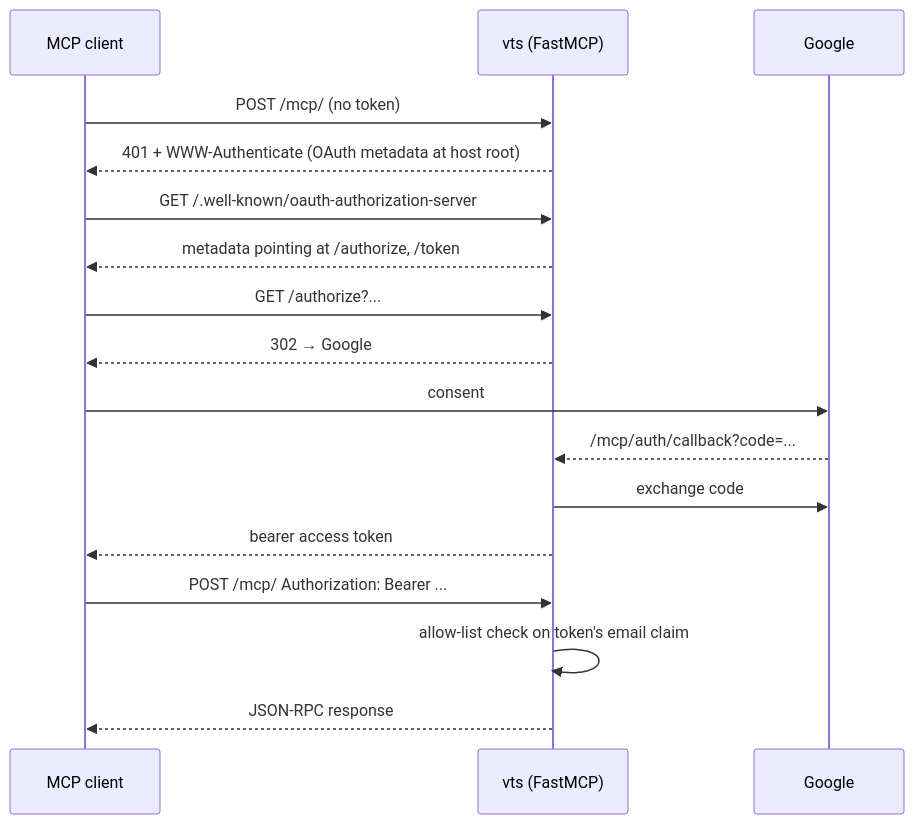
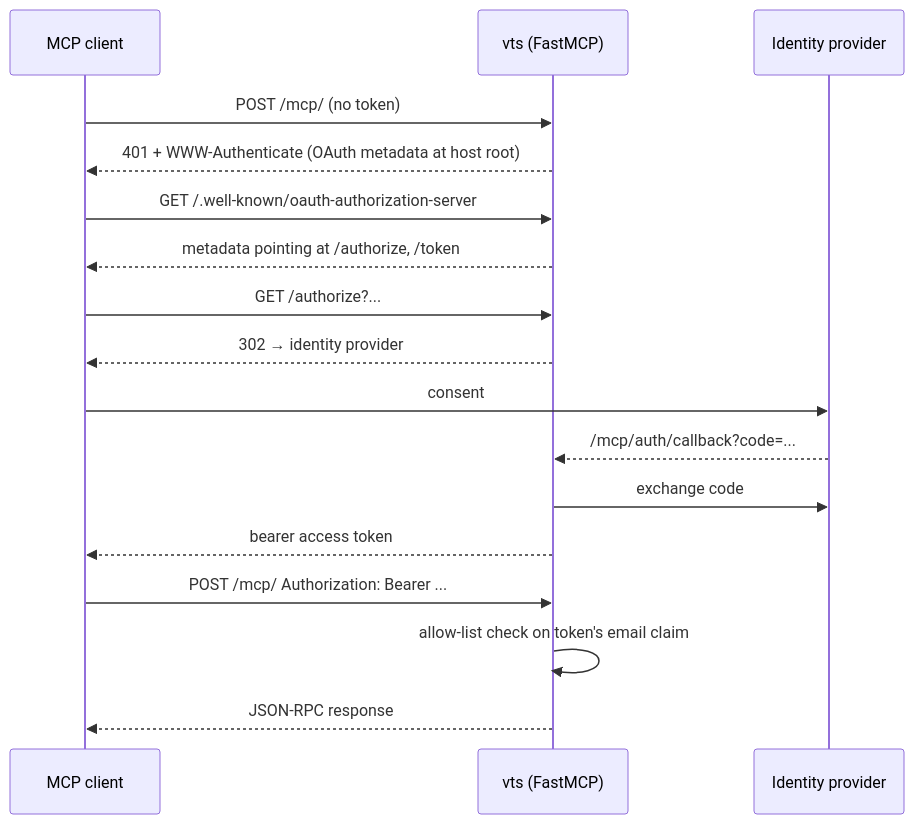
Before and after one commit to gorynychzmey/vts: the second of 2 diagrams in docs/AUTH.md, drawn with Mermaid. The commit also changed other lines of this file and 6 other files, not shown here.

````diff
--- a/docs/AUTH.md
+++ b/docs/AUTH.md
@@ -101,20 +195,20 @@
 ```mermaid
 sequenceDiagram
   participant C as MCP client
   participant V as vts (FastMCP)
-  participant G as Google
+  participant G as Identity provider
 
   C->>V: POST /mcp/  (no token)
   V-->>C: 401 + WWW-Authenticate (OAuth metadata at host root)
   C->>V: GET /.well-known/oauth-authorization-server
   V-->>C: metadata pointing at /authorize, /token
   C->>V: GET /authorize?...
-  V-->>C: 302 → Google
+  V-->>C: 302 → identity provider
   C->>G: consent
   G-->>V: /mcp/auth/callback?code=...
   V->>G: exchange code
   V-->>C: bearer access token
   C->>V: POST /mcp/  Authorization: Bearer ...
   V->>V: allow-list check on token's email claim
   V-->>C: JSON-RPC response
 ```
````
